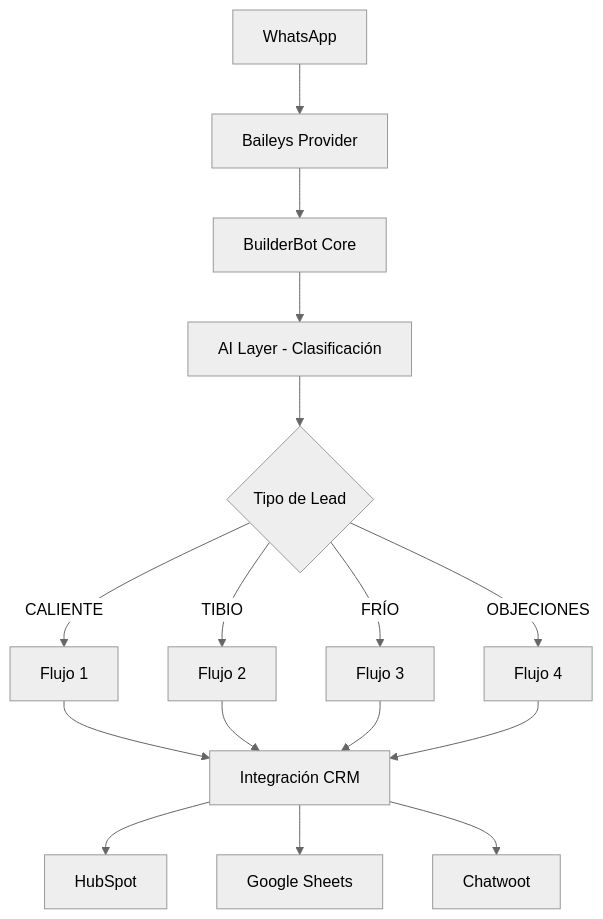
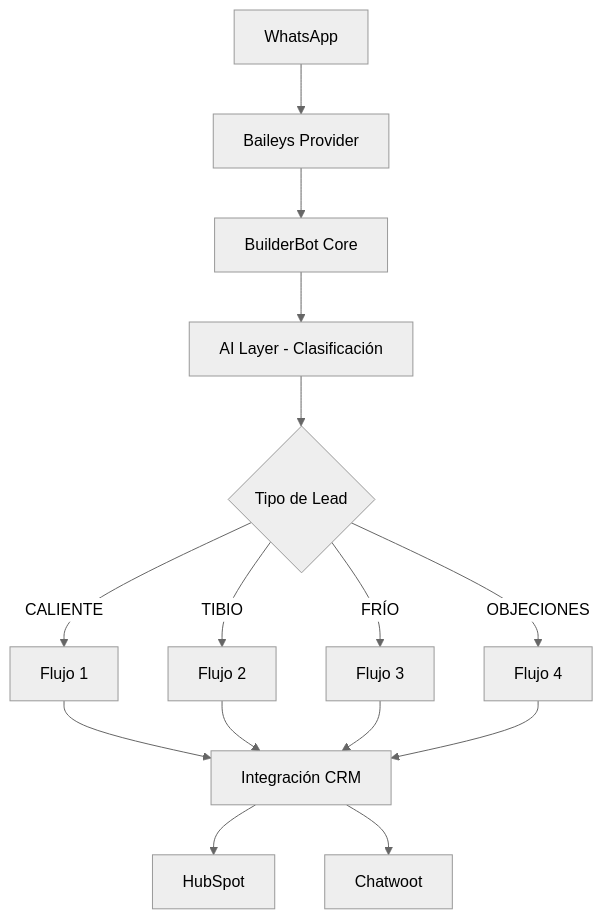
Before and after one commit to homisellia-ia/vive-app: the diagram in README.md, drawn with Mermaid (neutral theme). The commit also changed other lines of this file and 14 other files, not shown here.

````diff
--- a/README.md
+++ b/README.md
@@ -45,18 +44,17 @@
 ```mermaid
 graph TB
     A[WhatsApp] --> B[Baileys Provider]
     B --> C[BuilderBot Core]
     C --> D[AI Layer - Clasificación]
     D --> E{Tipo de Lead}
     E -->|CALIENTE| F[Flujo 1]
     E -->|TIBIO| G[Flujo 2] 
     E -->|FRÍO| H[Flujo 3]
     E -->|OBJECIONES| I[Flujo 4]
     F --> J[Integración CRM]
     G --> J
     H --> J
     I --> J
     J --> K[HubSpot]
-    J --> L[Google Sheets]
     J --> M[Chatwoot]
 ```
````
